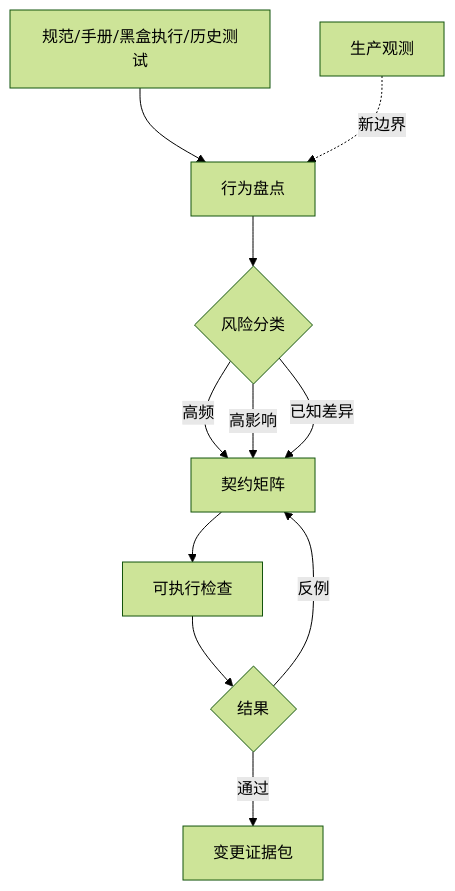
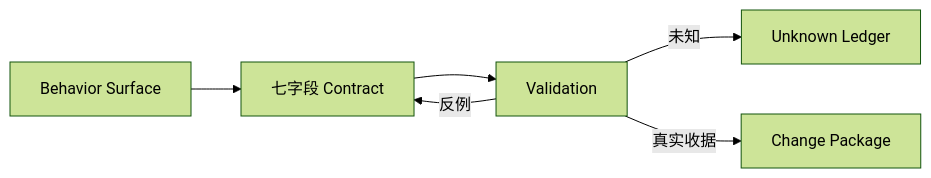
Before and after one commit to ZhangHanDong/coreutils: the diagram in book/src/part1/ch03-behavior-contract.md, drawn with Mermaid (forest theme). The commit also changed other lines of this file, not shown here.

Commit message:
docs: expand executable behavior contracts

````diff
--- a/book/src/part1/ch03-behavior-contract.md
+++ b/book/src/part1/ch03-behavior-contract.md
@@ -29,13 +46,7 @@
 ```mermaid
-flowchart TB
-    I["规范/手册/黑盒执行/历史测试"] --> B["行为盘点"]
-    B --> R{"风险分类"}
-    R -->|"高频"| M["契约矩阵"]
-    R -->|"高影响"| M
-    R -->|"已知差异"| M
-    M --> T["可执行检查"]
-    T --> X{"结果"}
-    X -->|"反例"| M
-    X -->|"通过"| E["变更证据包"]
-    O["生产观测"] -. "新边界" .-> B
+flowchart LR
+    B["Behavior Surface"] --> K["七字段 Contract"] --> V["Validation"]
+    V -->|"反例"| K
+    V -->|"未知"| U["Unknown Ledger"]
+    V -->|"真实收据"| C["Change Package"]
 ```
````
